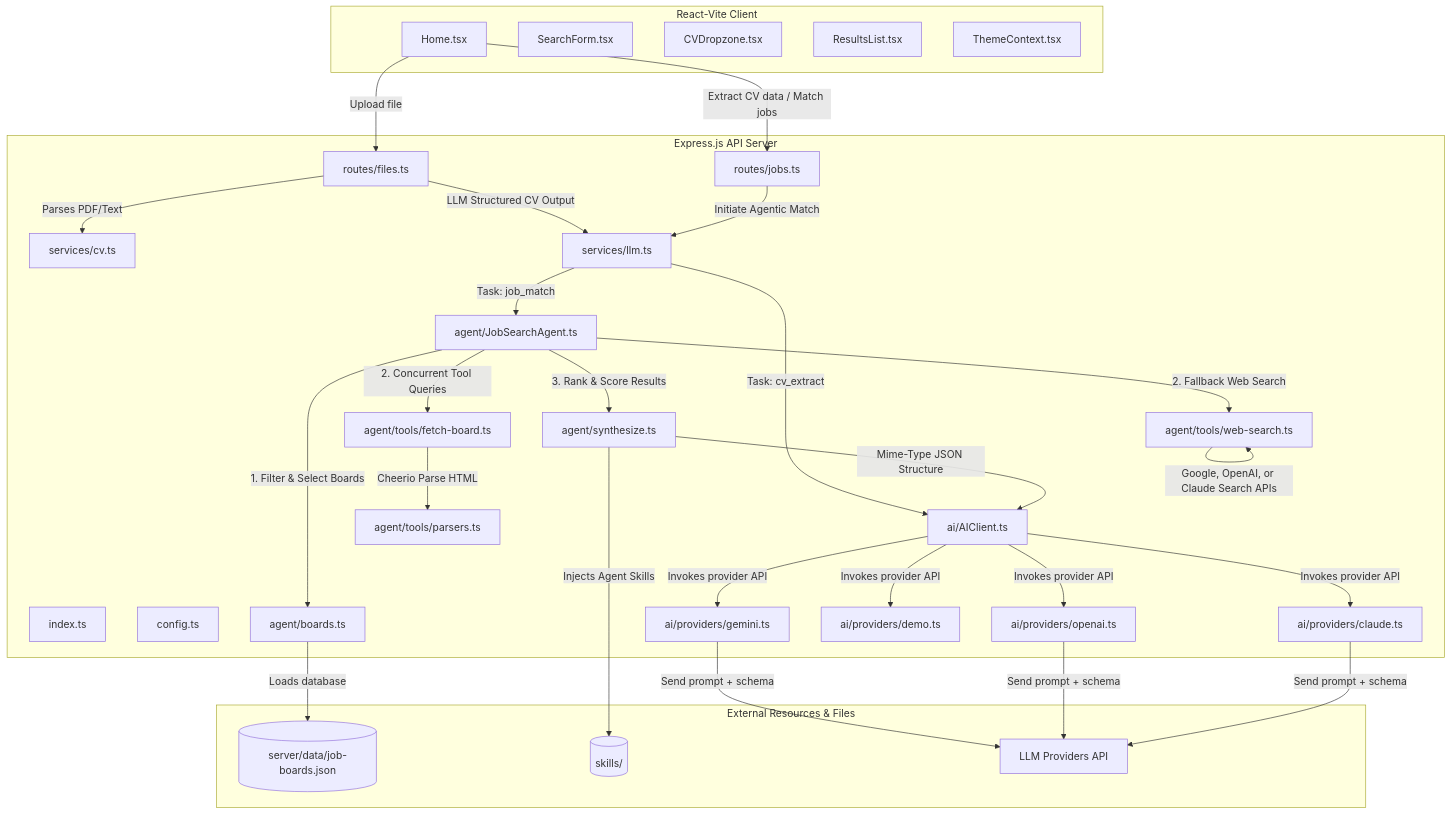
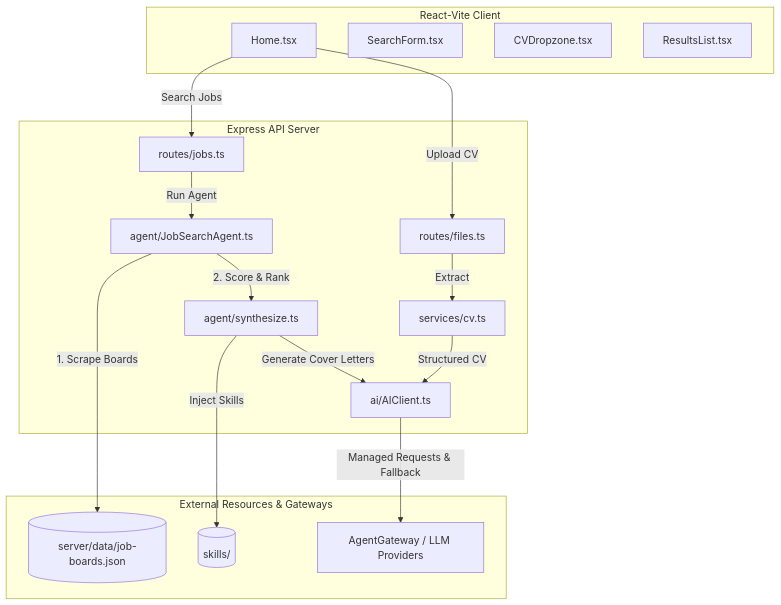
Before and after one commit to dmzopi/hackathon-devops: the diagram in README.md, drawn with Mermaid. The commit also changed other lines of this file and 24 other files, not shown here.

````diff
--- a/README.md
+++ b/README.md
@@ -31,75 +62,32 @@
 ```mermaid
 graph TD
-    %% Frontend Subsystem
     subgraph Frontend [React-Vite Client]
         Home[Home.tsx]
         Form[SearchForm.tsx]
         Dropzone[CVDropzone.tsx]
         Results[ResultsList.tsx]
-        Theme[ThemeContext.tsx]
     end
 
-    %% Backend Subsystem
-    subgraph Backend [Express.js API Server]
-        Index[index.ts]
+    subgraph Backend [Express API Server]
         RouterFiles[routes/files.ts]
         RouterJobs[routes/jobs.ts]
-        Config[config.ts]
-        
-        %% Services
         CVService[services/cv.ts]
-        LLMService[services/llm.ts]
-        
-        %% AI Core
+        Agent[agent/JobSearchAgent.ts]
+        Synthesize[agent/synthesize.ts]
         AIClient[ai/AIClient.ts]
-        Gemini[ai/providers/gemini.ts]
-        OpenAI[ai/providers/openai.ts]
-        Claude[ai/providers/claude.ts]
-        Demo[ai/providers/demo.ts]
-        
-        %% Agent
-        Agent[agent/JobSearchAgent.ts]
-        Boards[agent/boards.ts]
-        Synthesize[agent/synthesize.ts]
-        
-        %% Agent Tools
-        ToolFetch[agent/tools/fetch-board.ts]
-        ToolSearch[agent/tools/web-search.ts]
-        Parsers[agent/tools/parsers.ts]
     end
     
-    %% Storage & Config
-    subgraph External [External Resources & Files]
-        JobBoardsJSON[(server/data/job-boards.json)]
+    subgraph External [External Resources & Gateways]
+        JobBoards[(server/data/job-boards.json)]
         SkillsFolder[(skills/)]
-        LLMApis[LLM Providers API]
+        AgentGateway[AgentGateway / LLM Providers]
     end
 
-    %% Frontend to Backend Flows
-    Home -->|Upload file| RouterFiles
-    Home -->|Extract CV data / Match jobs| RouterJobs
-    RouterFiles -->|Parses PDF/Text| CVService
-    RouterFiles -->|LLM Structured CV Output| LLMService
-    RouterJobs -->|Initiate Agentic Match| LLMService
-
-    %% LLMService Logic
-    LLMService -->|Task: cv_extract| AIClient
-    LLMService -->|Task: job_match| Agent
-    
-    %% Agent Logic
-    Agent -->|1. Filter & Select Boards| Boards
-    Boards -->|Loads database| JobBoardsJSON
-    Agent -->|2. Concurrent Tool Queries| ToolFetch
-    Agent -->|2. Fallback Web Search| ToolSearch
-    
-    %% Tool execution details
-    ToolFetch -->|Cheerio Parse HTML| Parsers
-    ToolSearch -->|Google, OpenAI, or Claude Search APIs| ToolSearch
-    
-    %% Synthesis
-    Agent -->|3. Rank & Score Results| Synthesize
-    Synthesize -->|Injects Agent Skills| SkillsFolder
-    Synthesize -->|Mime-Type JSON Structure| AIClient
-    AIClient -->|Invokes provider API| Gemini & OpenAI & Claude & Demo
-    Gemini & OpenAI & Claude -->|Send prompt + schema| LLMApis
+    Home -->|Upload CV| RouterFiles -->|Extract| CVService -->|Structured CV| AIClient
+    Home -->|Search Jobs| RouterJobs -->|Run Agent| Agent
+    Agent -->|1. Scrape Boards| JobBoards
+    Agent -->|2. Score & Rank| Synthesize
+    Synthesize -->|Inject Skills| SkillsFolder
+    Synthesize -->|Generate Cover Letters| AIClient
+    AIClient -->|Managed Requests & Fallback| AgentGateway
 ```
````
